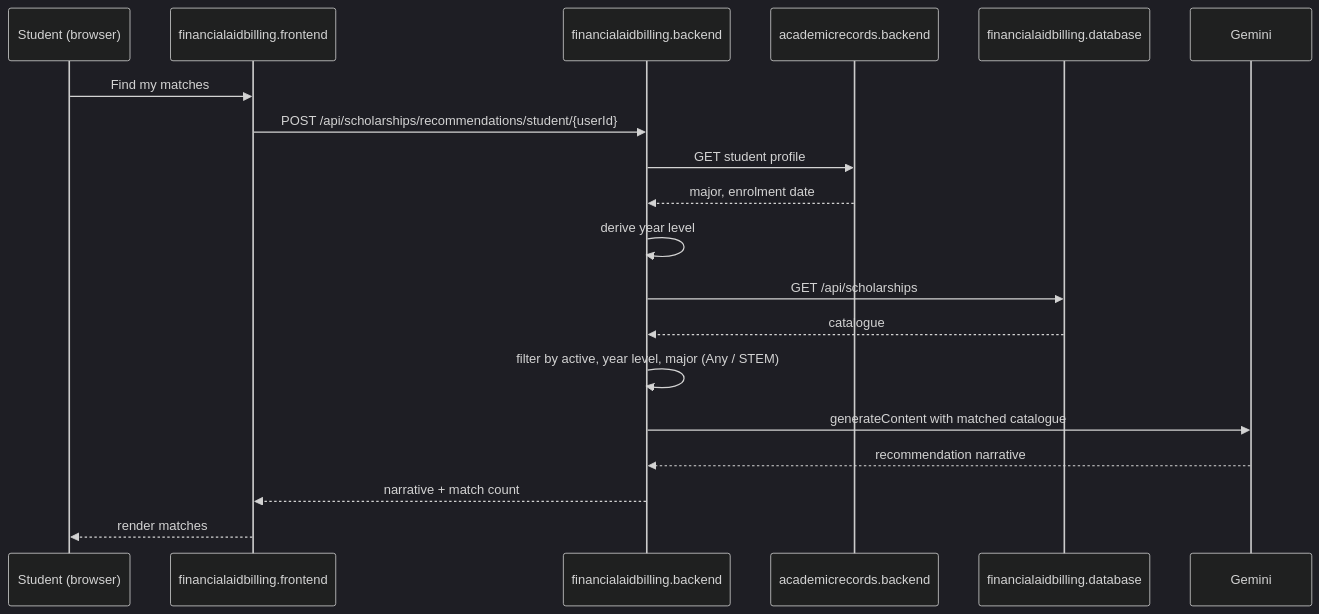
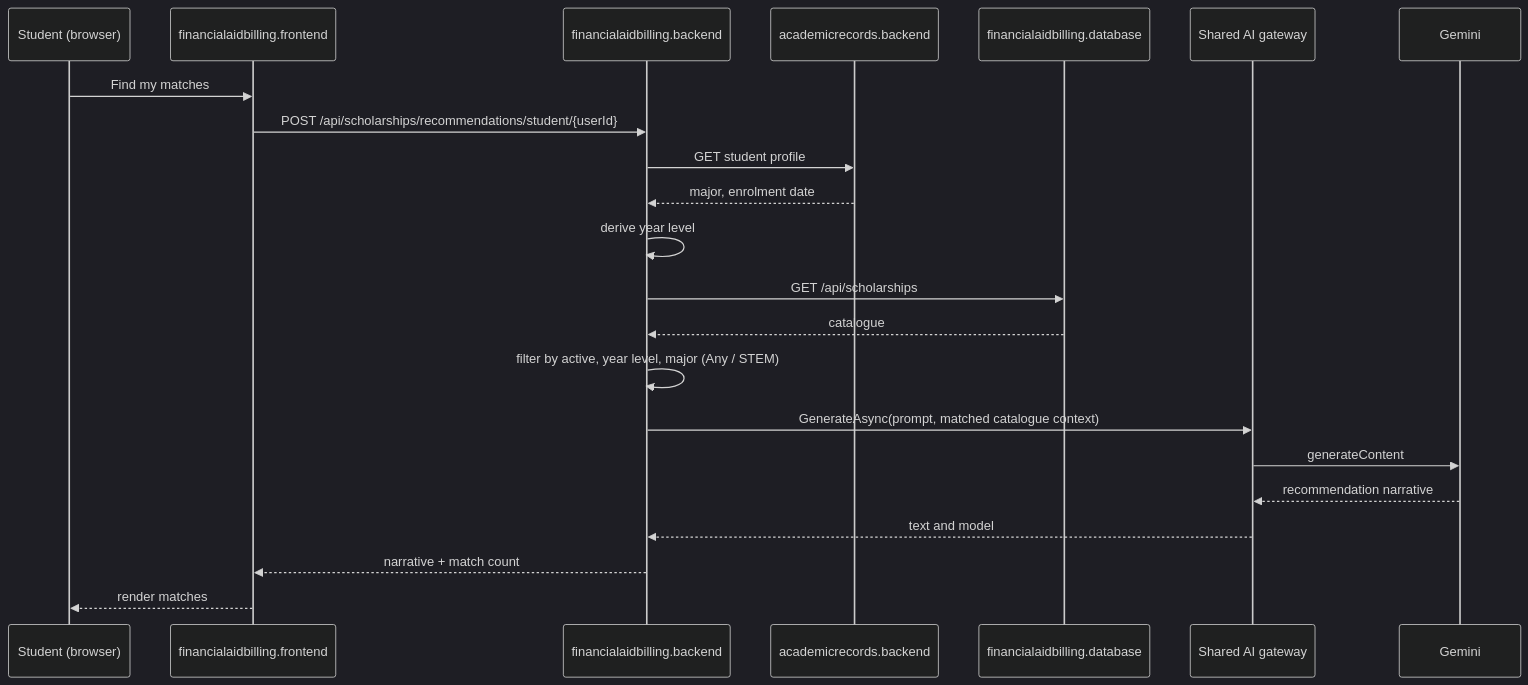
Before and after one commit to Valin-K/CampusPulseAI: the second of 2 diagrams in docs/architecture/system-architecture.md, drawn with Mermaid (dark theme). The commit also changed other lines of this file and 75 other files, not shown here.

````diff
--- a/docs/architecture/system-architecture.md
+++ b/docs/architecture/system-architecture.md
@@ -132,22 +142,25 @@
 ```mermaid
 sequenceDiagram
     participant U as Student (browser)
     participant F as financialaidbilling.frontend
     participant B as financialaidbilling.backend
     participant AR as academicrecords.backend
     participant DB as financialaidbilling.database
+    participant AI as Shared AI gateway
     participant G as Gemini
 
     U->>F: Find my matches
     F->>B: POST /api/scholarships/recommendations/student/{userId}
     B->>AR: GET student profile
     AR-->>B: major, enrolment date
     B->>B: derive year level
     B->>DB: GET /api/scholarships
     DB-->>B: catalogue
     B->>B: filter by active, year level, major (Any / STEM)
-    B->>G: generateContent with matched catalogue
-    G-->>B: recommendation narrative
+    B->>AI: GenerateAsync(prompt, matched catalogue context)
+    AI->>G: generateContent
+    G-->>AI: recommendation narrative
+    AI-->>B: text and model
     B-->>F: narrative + match count
     F-->>U: render matches
 ```
````
